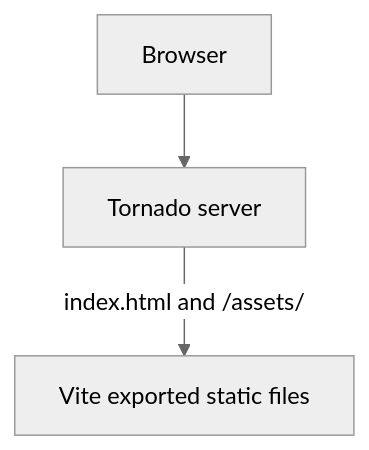
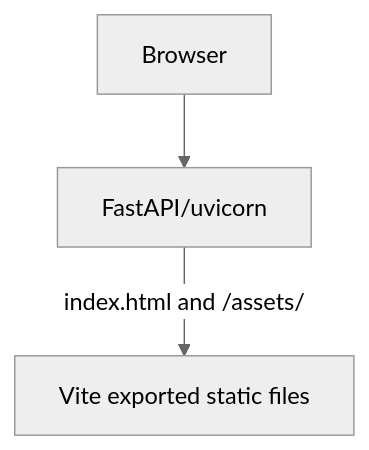
The second of 2 diagrams in app/README.md (ymyzk/mypy-playground), drawn with Mermaid (neutral theme) before and after one commit. The commit also changed other lines of this file and 1 other file, not shown here.

Commit message:
Replace outdated Tornado references with FastAPI in README files

````diff
--- a/app/README.md
+++ b/app/README.md
@@ -17,8 +17,8 @@
 ```mermaid
 graph TD
     Vite["Vite exported static files"]
-    Tornado["Tornado server"]
+    FastAPI["FastAPI/uvicorn"]
 
-    Browser --> Tornado
-    Tornado -->|index.html and /assets/| Vite
+    Browser --> FastAPI
+    FastAPI -->|index.html and /assets/| Vite
 ```
````
